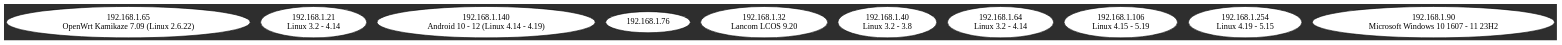
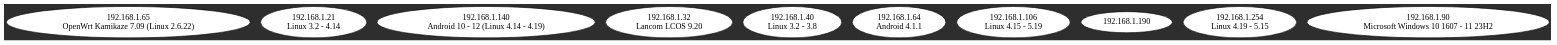
The diagram in Net_map/network.dot (Traygueur/net_map), drawn with Graphviz before and after one commit. The commit also changed 859 other files, not shown here.

```diff
--- a/Net_map/network.dot
+++ b/Net_map/network.dot
@@ -1,12 +1,12 @@
 graph Network {
 bgcolor="#2E2E2E"; node [style=filled, fillcolor="white", fontcolor="black", color="black"]; edge [color="white"] ;ratio=expand;   "192.168.1.65" [label="192.168.1.65\nOpenWrt Kamikaze 7.09 (Linux 2.6.22)"];
   "192.168.1.21" [label="192.168.1.21\nLinux 3.2 - 4.14"];
   "192.168.1.140" [label="192.168.1.140\nAndroid 10 - 12 (Linux 4.14 - 4.19)"];
-  "192.168.1.76" [label="192.168.1.76\n"];
   "192.168.1.32" [label="192.168.1.32\nLancom LCOS 9.20"];
   "192.168.1.40" [label="192.168.1.40\nLinux 3.2 - 3.8"];
-  "192.168.1.64" [label="192.168.1.64\nLinux 3.2 - 4.14"];
+  "192.168.1.64" [label="192.168.1.64\nAndroid 4.1.1"];
   "192.168.1.106" [label="192.168.1.106\nLinux 4.15 - 5.19"];
+  "192.168.1.190" [label="192.168.1.190\n"];
   "192.168.1.254" [label="192.168.1.254\nLinux 4.19 - 5.15"];
   "192.168.1.90" [label="192.168.1.90\nMicrosoft Windows 10 1607 - 11 23H2"];
 }
```
